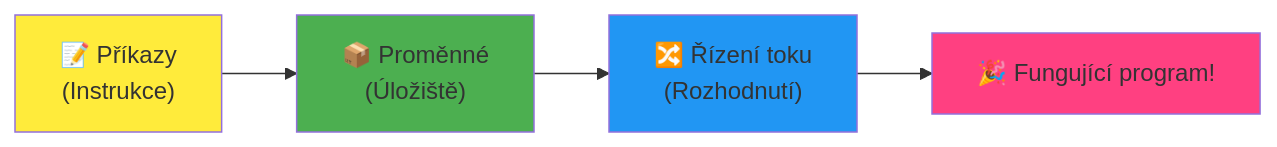
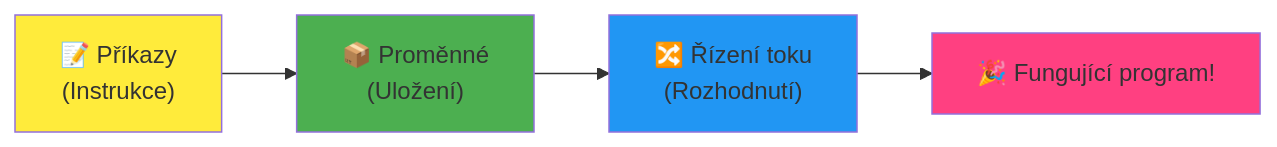
One commit to microsoft/Web-Dev-For-Beginners changed the fourth of 7 diagrams in translations/cs/1-getting-started-lessons/1-intro-to-programming-languages/README.md. Above: the diagram before and after it, drawn with Mermaid. The commit also changed other lines of this file and 8 other files, not shown here.

````diff
--- a/translations/cs/1-getting-started-lessons/1-intro-to-programming-languages/README.md
+++ b/translations/cs/1-getting-started-lessons/1-intro-to-programming-languages/README.md
@@ -467,9 +467,9 @@
 ```mermaid
 flowchart LR
-    A["📝 Příkazy<br/>(Instrukce)"] --> B["📦 Proměnné<br/>(Úložiště)"] --> C["🔀 Řízení toku<br/>(Rozhodnutí)"] --> D["🎉 Fungující program!"]
+    A["📝 Příkazy<br/>(Instrukce)"] --> B["📦 Proměnné<br/>(Uložení)"] --> C["🔀 Řízení toku<br/>(Rozhodnutí)"] --> D["🎉 Fungující program!"]
     
     style A fill:#ffeb3b
     style B fill:#4caf50
     style C fill:#2196f3
     style D fill:#ff4081
 ```
````
